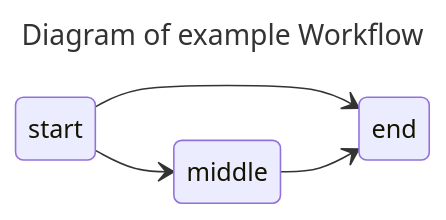
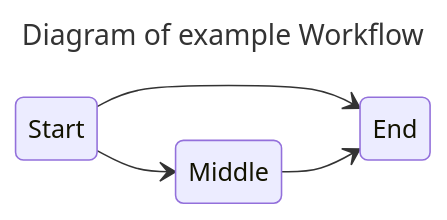
The diagram in testdata/graph-visualisation.md (luno/workflow), drawn with Mermaid before and after one commit. The commit also changed 5 other files, not shown here.

````diff
--- a/testdata/graph-visualisation.md
+++ b/testdata/graph-visualisation.md
@@ -1,11 +1,16 @@
 ```mermaid
 ---
 title: Diagram of example Workflow
 ---
 stateDiagram-v2
 	direction LR
 	
-	start-->middle
-	start-->end
-	middle-->end
+	9: Start
+	10: Middle
+	11: End
+
+	
+	9-->10
+	9-->11
+	10-->11
 ```
````
